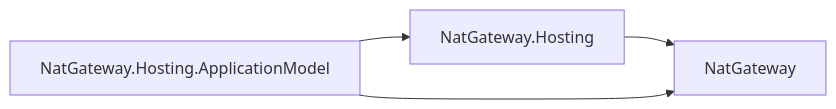
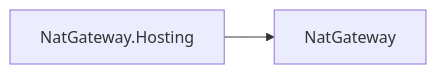
Before and after one commit to assimalign/cohesion: diagram 22 of 27 in docs/DEPENDENCIES.md, drawn with Mermaid. The commit also changed other lines of this file and 144 other files, not shown here.

First line of the commit message:
feat(fabric): add the fabric/ root with base application-model contracts

````diff
--- a/docs/DEPENDENCIES.md
+++ b/docs/DEPENDENCIES.md
@@ -878,9 +883,6 @@
 ```mermaid
 flowchart LR
     N0["NatGateway"]
     N1["NatGateway.Hosting"]
-    N2["NatGateway.Hosting.ApplicationModel"]
     N1 --> N0
-    N2 --> N0
-    N2 --> N1
 ```
````
